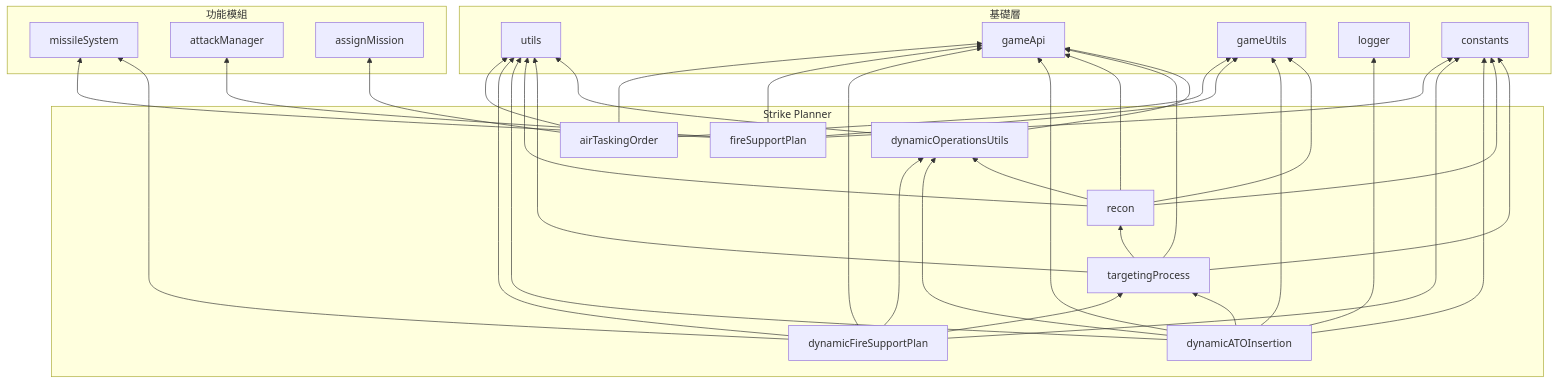
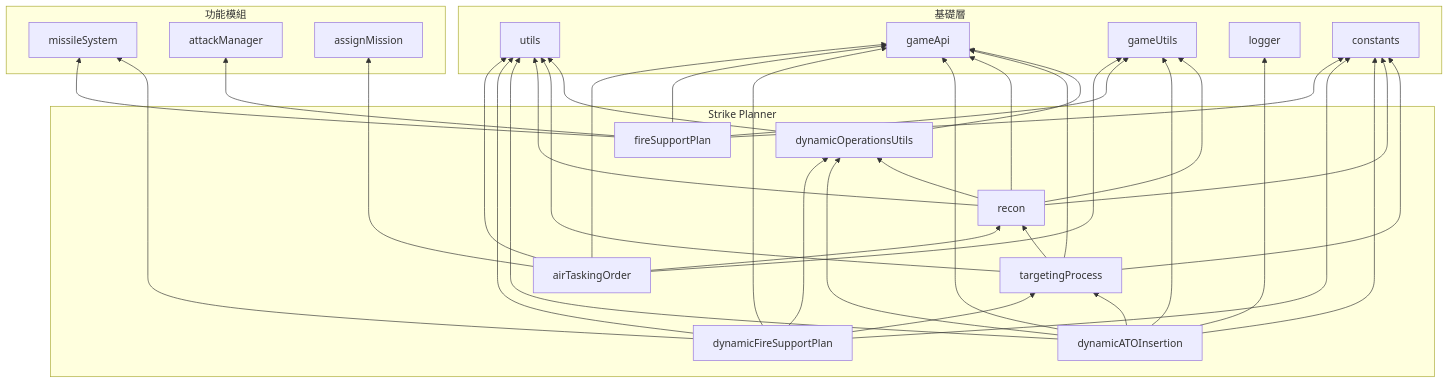
Before and after one commit to pullupjumper/formosa-in-flames: the third of 3 diagrams in docs/strikePlanner/README.md, drawn with Mermaid. The commit also changed 11 other files, not shown here.

````diff
--- a/docs/strikePlanner/README.md
+++ b/docs/strikePlanner/README.md
@@ -205,34 +205,34 @@
 ```mermaid
 flowchart BT
     subgraph 基礎層
         UTILS["utils"]
         GAMEAPI["gameApi"]
         GAMEUTILS["gameUtils"]
         LOGGER["logger"]
         CONSTANTS["constants"]
     end
 
     subgraph 功能模組
         MISSILE["missileSystem"]
         ATTACK["attackManager"]
         ASSIGN["assignMission"]
     end
 
     subgraph Strike Planner
         TP["targetingProcess"]
         RECON["recon"]
         DOU["dynamicOperationsUtils"]
         ATO["airTaskingOrder"]
         FSP["fireSupportPlan"]
         DFSP["dynamicFireSupportPlan"]
         DATO["dynamicATOInsertion"]
     end
 
-    ATO --> UTILS & GAMEAPI & GAMEUTILS & ASSIGN
+    ATO --> UTILS & GAMEAPI & GAMEUTILS & ASSIGN & RECON
     FSP --> GAMEAPI & GAMEUTILS & ATTACK & MISSILE & CONSTANTS
     DFSP --> TP & DOU & GAMEAPI & UTILS & MISSILE & CONSTANTS
     DATO --> TP & DOU & GAMEAPI & GAMEUTILS & UTILS & LOGGER & CONSTANTS
     RECON --> DOU & GAMEAPI & GAMEUTILS & UTILS & CONSTANTS
     TP --> GAMEAPI & UTILS & RECON & CONSTANTS
     DOU --> UTILS & GAMEAPI
 ```
````
